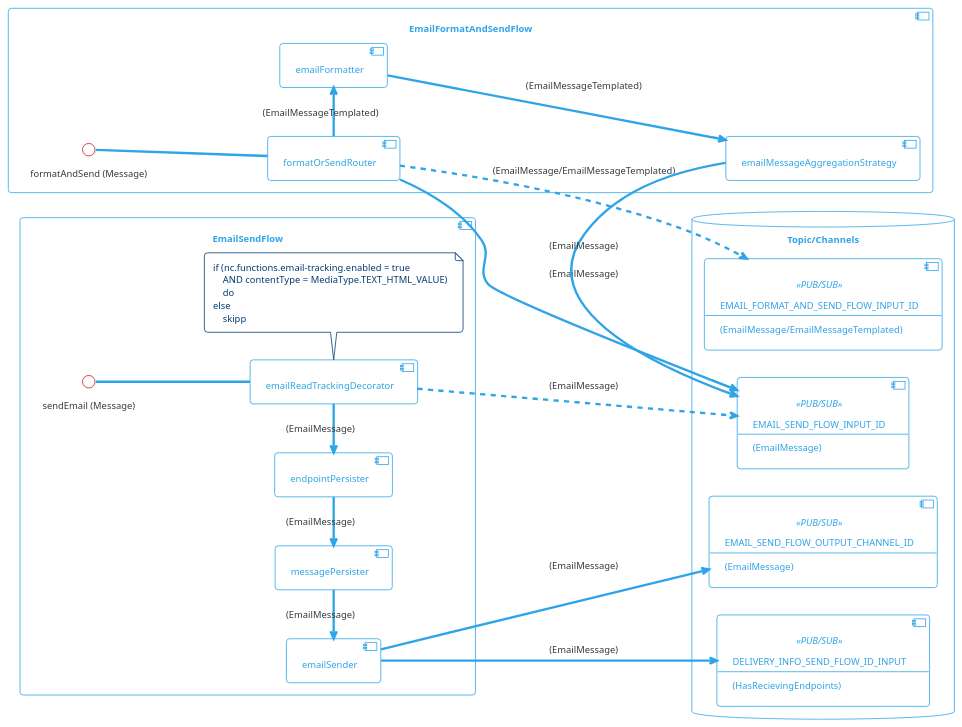
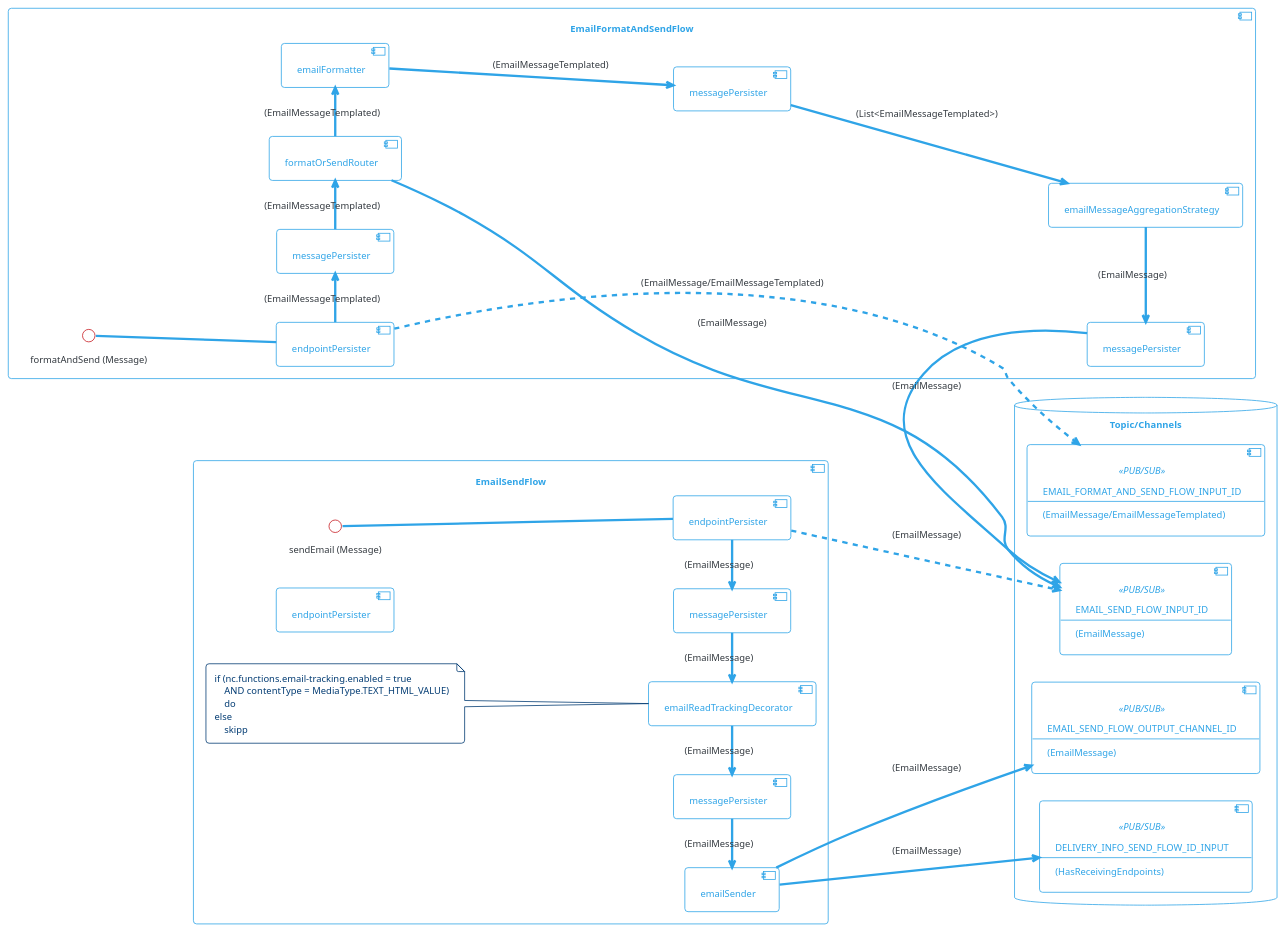
One commit to com-obj/notiflow changed the diagram in diagrams/src/email-processing-flow.puml. Above: the diagram before and after it, drawn with PlantUML. The commit also changed 51 other files, not shown here.

```diff
--- a/diagrams/src/email-processing-flow.puml
+++ b/diagrams/src/email-processing-flow.puml
@@ -1,105 +1,117 @@
 @startuml
 
 !theme cerulean-outline
 
 left to right direction
 
 skinparam backgroundcolor White
 skinparam component {
     backgroundColor<<user defined>> LightGray
 }
 /'
 database "PostgreSQL" {
     [nc_message]
     [nc_endpoint]
 }
 '/
 
 database "Topic/Channels" {
     component EMAIL_FORMAT_AND_SEND_FLOW_INPUT_ID<<PUB/SUB>>[
         EMAIL_FORMAT_AND_SEND_FLOW_INPUT_ID
         --
         (EmailMessage/EmailMessageTemplated)
     ]
 
     component EMAIL_SEND_FLOW_INPUT_ID<<PUB/SUB>>[
         EMAIL_SEND_FLOW_INPUT_ID
         --
         (EmailMessage)
     ]
 
     component EMAIL_SEND_FLOW_OUTPUT_CHANNEL_ID<<PUB/SUB>>[
         EMAIL_SEND_FLOW_OUTPUT_CHANNEL_ID
         --
         (EmailMessage)
     ]
 
     component DELIVERY_INFO_SEND_FLOW_ID_INPUT<<PUB/SUB>>  [
         DELIVERY_INFO_SEND_FLOW_ID_INPUT
         --
-        (HasRecievingEndpoints)
+        (HasReceivingEndpoints)
     ]
 
 }
 
 component "EmailSendFlow" {
+    [endpointPersister] as endpointPersister1
+    [messagePersister] as messagePersister1
     [emailReadTrackingDecorator]
-    [endpointPersister]
-    [messagePersister]
+    [endpointPersister] as endpointPersister2
+    [messagePersister] as messagePersister2
     [emailSender]
 
-    emailReadTrackingDecorator -l-> endpointPersister: (EmailMessage)
-    endpointPersister -l-> messagePersister: (EmailMessage)
-    messagePersister -l-> emailSender: (EmailMessage)
+    endpointPersister1 -l-> messagePersister1: (EmailMessage)
+    messagePersister1 -l-> emailReadTrackingDecorator: (EmailMessage)
+    emailReadTrackingDecorator -l-> messagePersister2: (EmailMessage)
+    messagePersister2 -l-> emailSender: (EmailMessage)
 
  '   messagePersister --> nc_message: (EmailMessage)
 '  endpointPersister --> nc_endpoint: (List<RecievingEndpoint>)
 
-    emailReadTrackingDecorator ..> EMAIL_SEND_FLOW_INPUT_ID : (EmailMessage) 
+    endpointPersister1 ..> EMAIL_SEND_FLOW_INPUT_ID : (EmailMessage) 
     emailSender --> EMAIL_SEND_FLOW_OUTPUT_CHANNEL_ID : (EmailMessage) 
 
     emailSender --> DELIVERY_INFO_SEND_FLOW_ID_INPUT : (EmailMessage) 
 
-    note bottom of emailReadTrackingDecorator 
+    note left of emailReadTrackingDecorator 
         if (nc.functions.email-tracking.enabled = true 
             AND contentType = MediaType.TEXT_HTML_VALUE)
             do
         else
             skipp        
     end note  
 
     
     interface "sendEmail (Message)" as sendEmail        
-        emailReadTrackingDecorator -u- sendEmail
+        endpointPersister1 -u- sendEmail
 }
 
 
 
 component "EmailFormatAndSendFlow" {
+    [endpointPersister] as endpointPersister3
+    [messagePersister] as messagePersister3
     [formatOrSendRouter]
     [emailFormatter]
+    [messagePersister] as messagePersister4
     [emailMessageAggregationStrategy]
+    [messagePersister] as messagePersister5
 
-    emailFormatter --> emailMessageAggregationStrategy: (EmailMessageTemplated)
 
-    formatOrSendRouter .> EMAIL_FORMAT_AND_SEND_FLOW_INPUT_ID : (EmailMessage/EmailMessageTemplated) 
+    emailFormatter --> messagePersister4: (EmailMessageTemplated)
+    messagePersister4 --> emailMessageAggregationStrategy: (List<EmailMessageTemplated>)
+
+    endpointPersister3 .> EMAIL_FORMAT_AND_SEND_FLOW_INPUT_ID : (EmailMessage/EmailMessageTemplated) 
 
 
 
+    endpointPersister3 -> messagePersister3 : (EmailMessageTemplated)
+    messagePersister3 -> formatOrSendRouter : (EmailMessageTemplated)
     formatOrSendRouter -> emailFormatter : (EmailMessageTemplated)
     formatOrSendRouter -> EMAIL_SEND_FLOW_INPUT_ID : (EmailMessage)
 
-    emailMessageAggregationStrategy -> EMAIL_SEND_FLOW_INPUT_ID : (EmailMessage) 
+    emailMessageAggregationStrategy -l-> messagePersister5 : (EmailMessage) 
+    messagePersister5 -> EMAIL_SEND_FLOW_INPUT_ID : (EmailMessage) 
 
     interface "formatAndSend (Message)" as formatAndSend        
-        formatOrSendRouter -u- formatAndSend
+        endpointPersister3 -u- formatAndSend
         
 }
 
 
 
 
 
 
 
 @enduml
```
